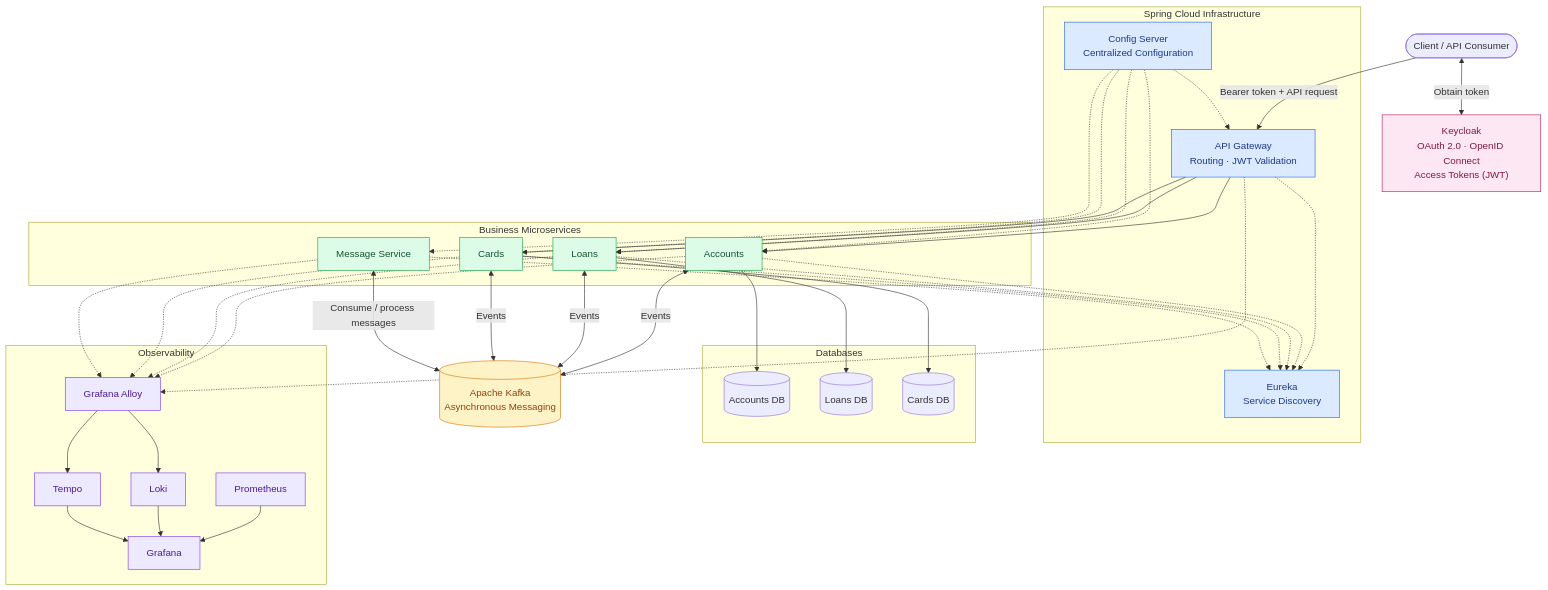
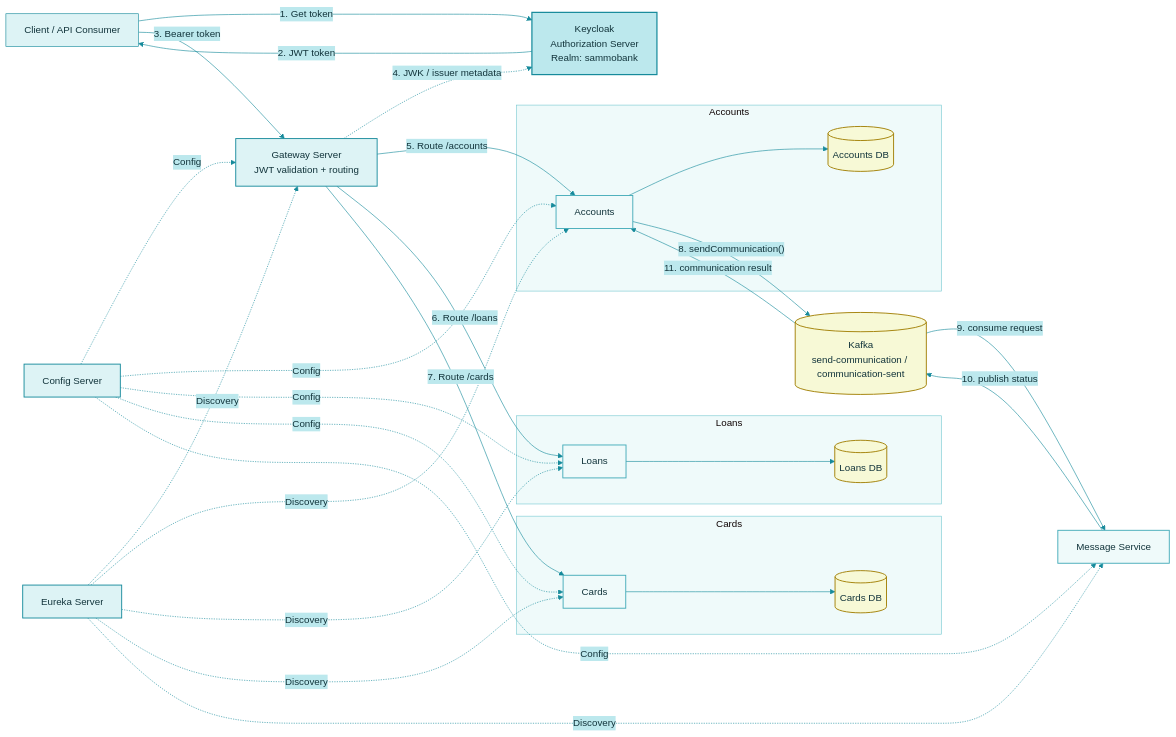
One commit to SoyaChunkz/MICROSERVICES changed the diagram in Readme.md. Above: the diagram before and after it, drawn with Mermaid. The commit also changed other lines of this file and 6 other files, not shown here.

````diff
--- a/Readme.md
+++ b/Readme.md
@@ -12,86 +20,85 @@
 ```mermaid
-flowchart TB
-    Client(["Client / API Consumer"])
-    Keycloak["Keycloak<br/>OAuth 2.0 · OpenID Connect<br/>Access Tokens (JWT)"]
+%%{init: {
+  'theme': 'base',
+  'themeVariables': {
+    'primaryColor': '#DDF3F5',
+    'primaryTextColor': '#12343B',
+    'primaryBorderColor': '#168A9B',
+    'lineColor': '#168A9B',
+    'secondaryColor': '#BCE8ED',
+    'tertiaryColor': '#EFFAFA',
+    'clusterBkg': '#EFFAFA',
+    'clusterBorder': '#78C9D2',
+    'fontFamily': 'Arial, sans-serif'
+  }
+}}%%
+flowchart LR
+    Client["Client / API Consumer"]
 
-    subgraph Platform["Spring Cloud Infrastructure"]
-        Gateway["API Gateway<br/>Routing · JWT Validation"]
-        Eureka["Eureka<br/>Service Discovery"]
-        Config["Config Server<br/>Centralized Configuration"]
+    Keycloak["Keycloak<br/>Authorization Server<br/>Realm: sammobank"]
+    Gateway["Gateway Server<br/>JWT validation + routing"]
+
+    Config["Config Server"]
+    Eureka["Eureka Server"]
+
+    subgraph A["Accounts"]
+        Accounts["Accounts"]
+        AccountsDB[("Accounts DB")]
     end
 
-    subgraph Services["Business Microservices"]
-        Accounts["Accounts"]
+    subgraph L["Loans"]
         Loans["Loans"]
-        Cards["Cards"]
-        Message["Message Service"]
+        LoansDB[("Loans DB")]
     end
 
-    Kafka[("Apache Kafka<br/>Asynchronous Messaging")]
-
-    subgraph Data["Databases"]
-        AccountsDB[("Accounts DB")]
-        LoansDB[("Loans DB")]
+    subgraph C["Cards"]
+        Cards["Cards"]
         CardsDB[("Cards DB")]
     end
 
-    subgraph Monitoring["Observability"]
-        Alloy["Grafana Alloy"]
-        Prometheus["Prometheus"]
-        Loki["Loki"]
-        Tempo["Tempo"]
-        Grafana["Grafana"]
-    end
+    Message["Message Service"]
 
-    Client <-->|"Obtain token"| Keycloak
-    Client -->|"Bearer token + API request"| Gateway
+    Kafka[("Kafka<br/>send-communication / communication-sent")]
 
-    Gateway --> Accounts
-    Gateway --> Loans
-    Gateway --> Cards
+    Client -->|"1. Get token"| Keycloak
+    Keycloak -->|"2. JWT token"| Client
+    Client -->|"3. Bearer token"| Gateway
 
-    Gateway -.-> Eureka
-    Accounts -.-> Eureka
-    Loans -.-> Eureka
-    Cards -.-> Eureka
-    Message -.-> Eureka
+    Gateway -.->|"4. JWK / issuer metadata"| Keycloak
 
-    Config -.-> Gateway
-    Config -.-> Accounts
-    Config -.-> Loans
-    Config -.-> Cards
-    Config -.-> Message
-
-    Accounts <-->|"Events"| Kafka
-    Loans <-->|"Events"| Kafka
-    Cards <-->|"Events"| Kafka
-    Message <-->|"Consume / process messages"| Kafka
+    Gateway -->|"5. Route /accounts"| Accounts
+    Gateway -->|"6. Route /loans"| Loans
+    Gateway -->|"7. Route /cards"| Cards
 
     Accounts --> AccountsDB
     Loans --> LoansDB
     Cards --> CardsDB
 
-    Gateway -.-> Alloy
-    Accounts -.-> Alloy
-    Loans -.-> Alloy
-    Cards -.-> Alloy
-    Message -.-> Alloy
+    Accounts -->|"8. sendCommunication()"| Kafka
+    Kafka -->|"9. consume request"| Message
+    Message -->|"10. publish status"| Kafka
+    Kafka -->|"11. communication result"| Accounts
 
-    Alloy --> Loki
-    Alloy --> Tempo
-    Prometheus --> Grafana
-    Loki --> Grafana
-    Tempo --> Grafana
+    Config -.->|"Config"| Gateway
+    Config -.->|"Config"| Accounts
+    Config -.->|"Config"| Loans
+    Config -.->|"Config"| Cards
+    Config -.->|"Config"| Message
 
-    classDef security fill:#fce7f3,stroke:#be185d,color:#831843
-    classDef infrastructure fill:#dbeafe,stroke:#2563eb,color:#1e3a8a
-    classDef business fill:#dcfce7,stroke:#16a34a,color:#14532d
-    classDef messaging fill:#fef3c7,stroke:#d97706,color:#92400e
-    classDef observability fill:#ede9fe,stroke:#7c3aed,color:#4c1d95
+    Eureka -.->|"Discovery"| Gateway
+    Eureka -.->|"Discovery"| Accounts
+    Eureka -.->|"Discovery"| Loans
+    Eureka -.->|"Discovery"| Cards
+    Eureka -.->|"Discovery"| Message
+
+    classDef security fill:#BCE8ED,stroke:#168A9B,stroke-width:2px,color:#12343B
+    classDef business fill:#EFFAFA,stroke:#42AAB8,stroke-width:1.5px,color:#12343B
+    classDef infra fill:#DDF3F5,stroke:#168A9B,stroke-width:1.5px,color:#12343B
+    classDef data fill:#F7F9D6,stroke:#A07D00,stroke-width:1.5px,color:#12343B
 
     class Keycloak security
-    class Gateway,Eureka,Config infrastructure
+    class Gateway,Config,Eureka infra
     class Accounts,Loans,Cards,Message business
-    class Kafka messaging
-    class Alloy,Prometheus,Loki,Tempo,Grafana observability
+    class AccountsDB,LoansDB,CardsDB data
+    class Kafka data
 ```
````
